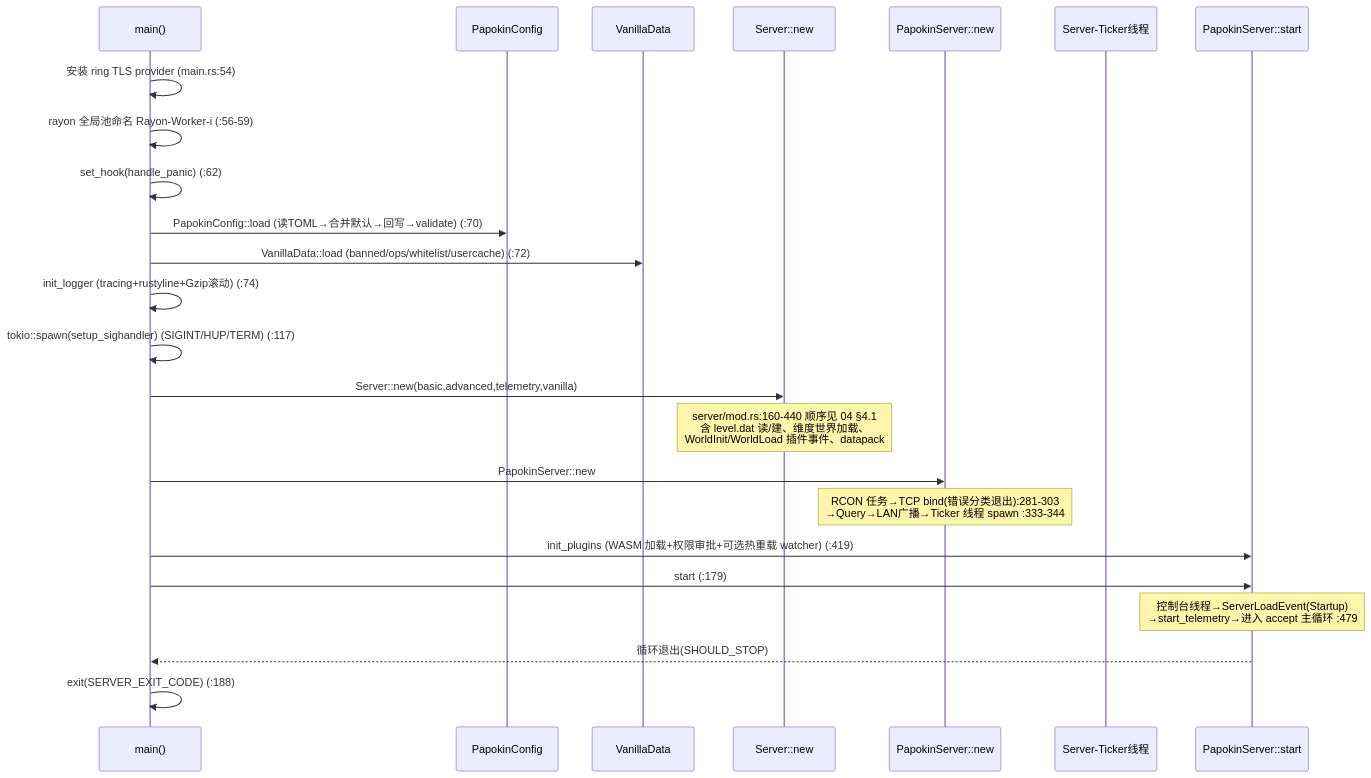
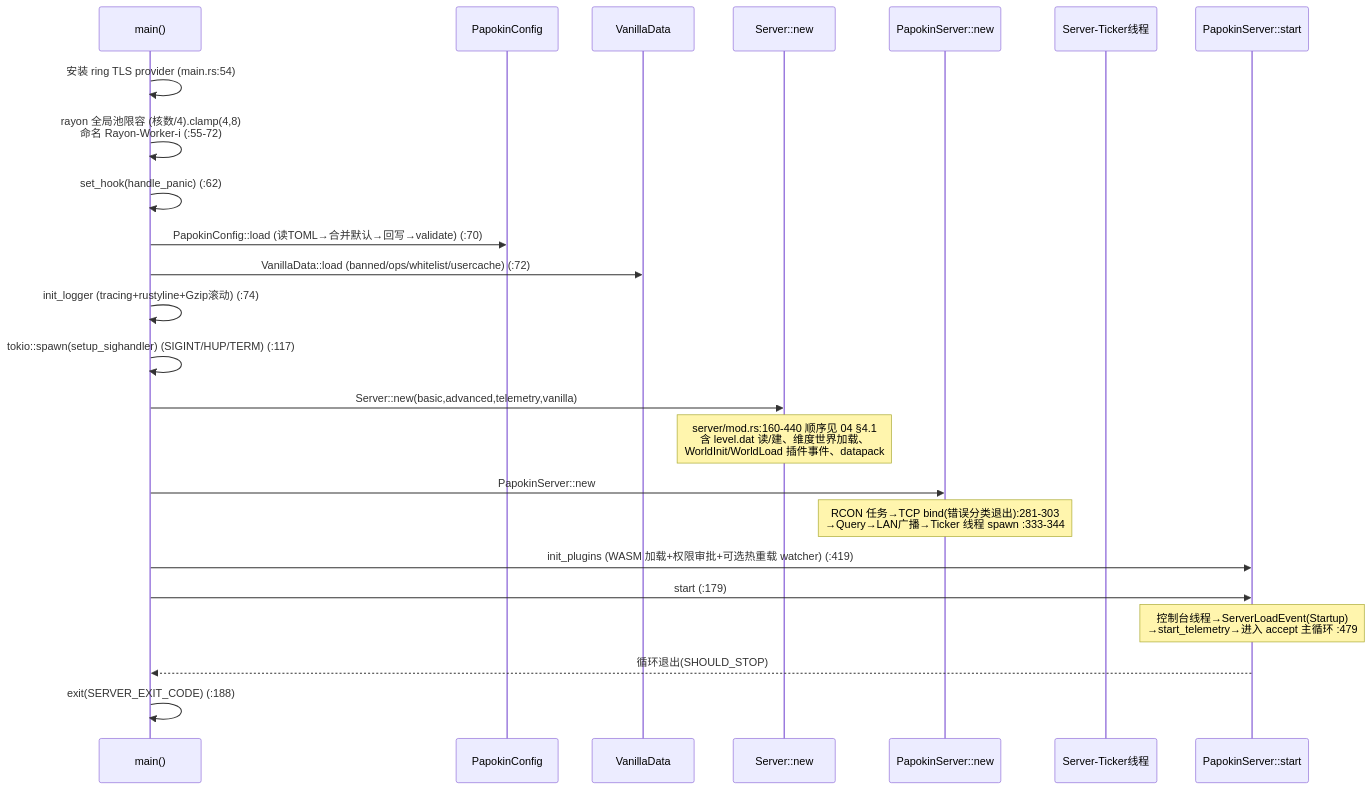
Before and after one commit to Quotidietium/Papokin: the first of 5 diagrams in note/06-控制流.md, drawn with Mermaid. The commit also changed other lines of this file and 1 other file, not shown here.

````diff
--- a/note/06-控制流.md
+++ b/note/06-控制流.md
@@ -7,27 +7,27 @@
 ```mermaid
 sequenceDiagram
     participant M as main()
     participant Cfg as PapokinConfig
     participant VD as VanillaData
     participant S as Server::new
     participant PS as PapokinServer::new
     participant T as Server-Ticker线程
     participant L as PapokinServer::start
 
     M->>M: 安装 ring TLS provider (main.rs:54)
-    M->>M: rayon 全局池命名 Rayon-Worker-i (:56-59)
+    M->>M: rayon 全局池限容 (核数/4).clamp(4,8)<br/>命名 Rayon-Worker-i (:55-72)
     M->>M: set_hook(handle_panic) (:62)
     M->>Cfg: PapokinConfig::load (读TOML→合并默认→回写→validate) (:70)
     M->>VD: VanillaData::load (banned/ops/whitelist/usercache) (:72)
     M->>M: init_logger (tracing+rustyline+Gzip滚动) (:74)
     M->>M: tokio::spawn(setup_sighandler) (SIGINT/HUP/TERM) (:117)
     M->>S: Server::new(basic,advanced,telemetry,vanilla)
     Note over S: server/mod.rs:160-440 顺序见 04 §4.1<br/>含 level.dat 读/建、维度世界加载、<br/>WorldInit/WorldLoad 插件事件、datapack #minecraft:load
     M->>PS: PapokinServer::new
     Note over PS: RCON 任务→TCP bind(错误分类退出):281-303<br/>→Query→LAN广播→Ticker 线程 spawn :333-344
     M->>L: init_plugins (WASM 加载+权限审批+可选热重载 watcher) (:419)
     M->>L: start (:179)
     Note over L: 控制台线程→ServerLoadEvent(Startup)<br/>→start_telemetry→进入 accept 主循环 :479
     L-->>M: 循环退出(SHOULD_STOP)
     M->>M: exit(SERVER_EXIT_CODE) (:188)
 ```
````
